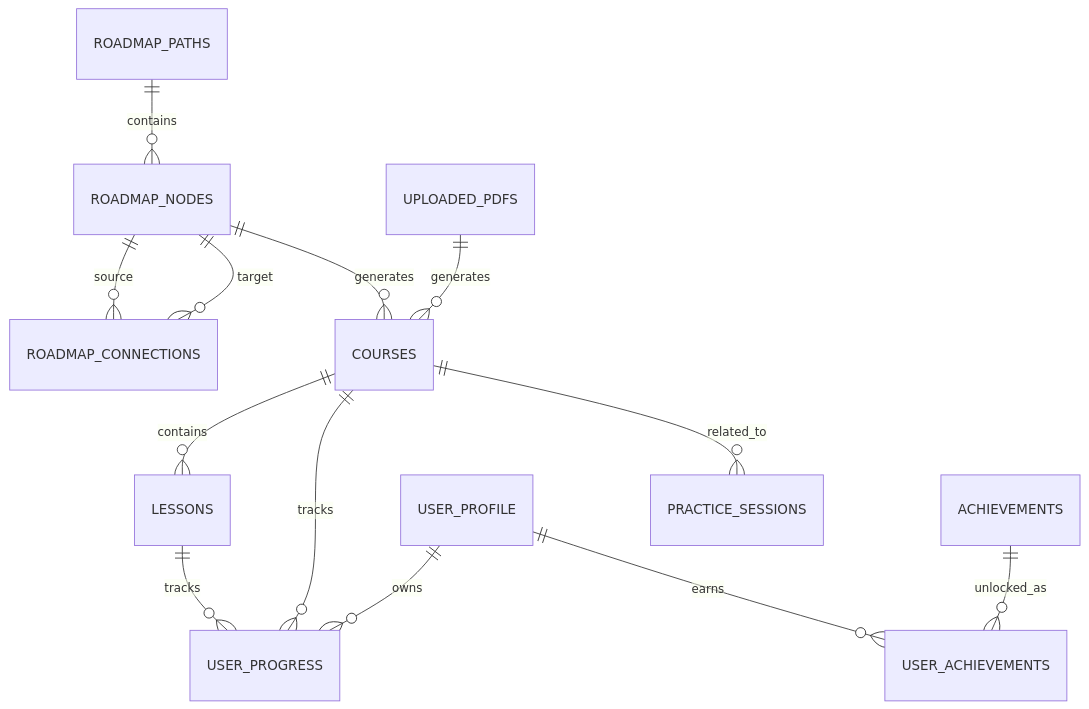
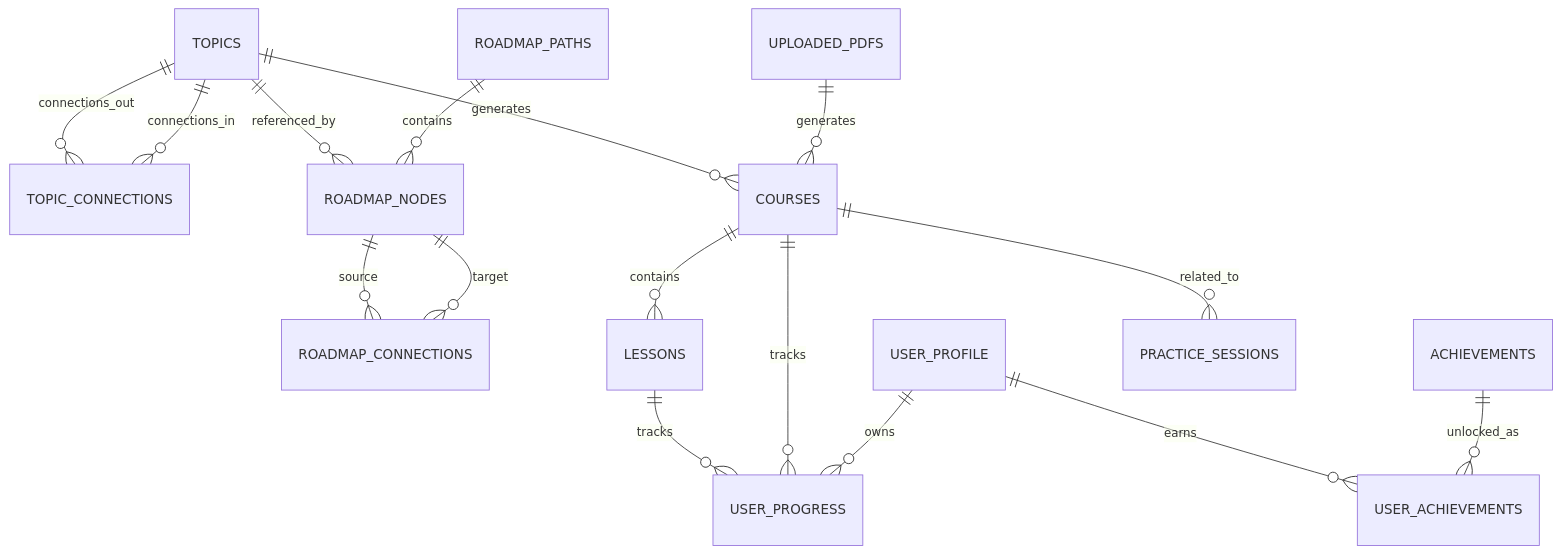
The first of 7 diagrams in ARCHITECTURE.md (kenancosic/code-course), drawn with Mermaid before and after one commit. The commit also changed other lines of this file and 47 other files, not shown here.

````diff
--- a/ARCHITECTURE.md
+++ b/ARCHITECTURE.md
@@ -414,15 +416,18 @@
 ```mermaid
 erDiagram
+    TOPICS ||--o{ TOPIC_CONNECTIONS : connections_out
+    TOPICS ||--o{ TOPIC_CONNECTIONS : connections_in
+    TOPICS ||--o{ COURSES : generates
+    TOPICS ||--o{ ROADMAP_NODES : referenced_by
     ROADMAP_PATHS ||--o{ ROADMAP_NODES : contains
     ROADMAP_NODES ||--o{ ROADMAP_CONNECTIONS : source
     ROADMAP_NODES ||--o{ ROADMAP_CONNECTIONS : target
-    ROADMAP_NODES ||--o{ COURSES : generates
     COURSES ||--o{ LESSONS : contains
     LESSONS ||--o{ USER_PROGRESS : tracks
     COURSES ||--o{ USER_PROGRESS : tracks
     USER_PROFILE ||--o{ USER_PROGRESS : owns
     USER_PROFILE ||--o{ USER_ACHIEVEMENTS : earns
     ACHIEVEMENTS ||--o{ USER_ACHIEVEMENTS : unlocked_as
     COURSES ||--o{ PRACTICE_SESSIONS : related_to
     UPLOADED_PDFS ||--o{ COURSES : generates
 ```
````
